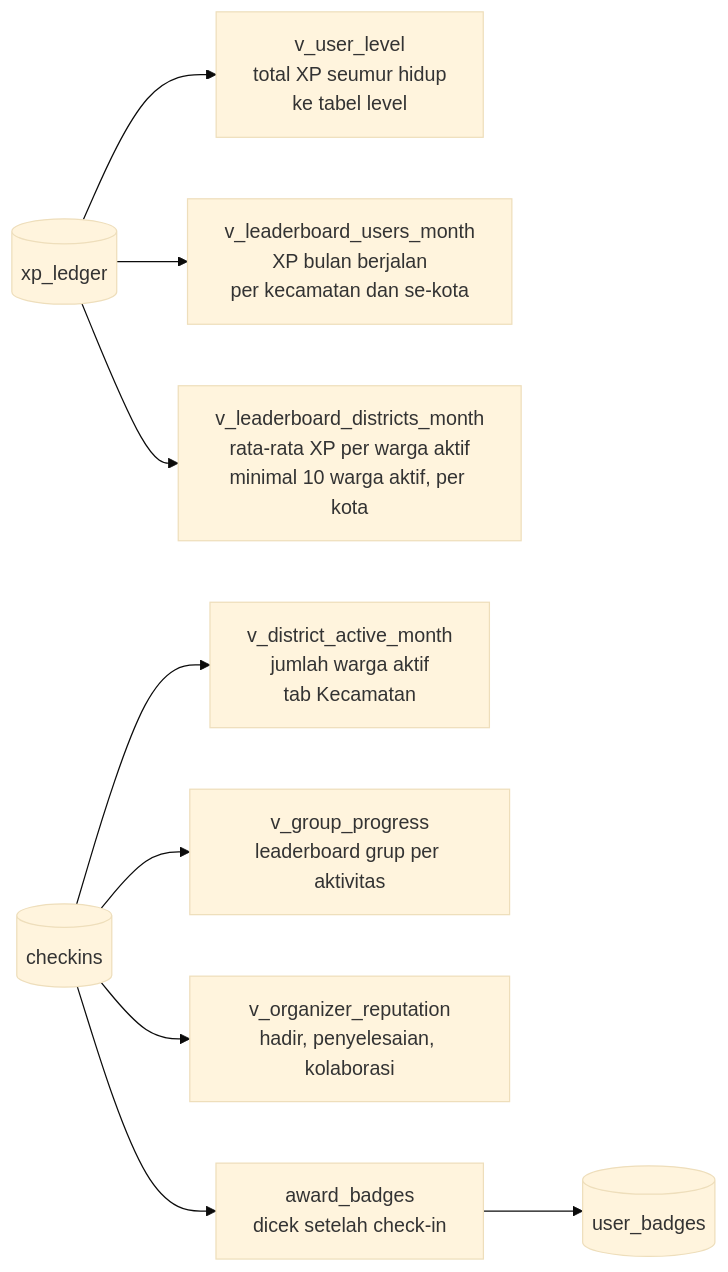
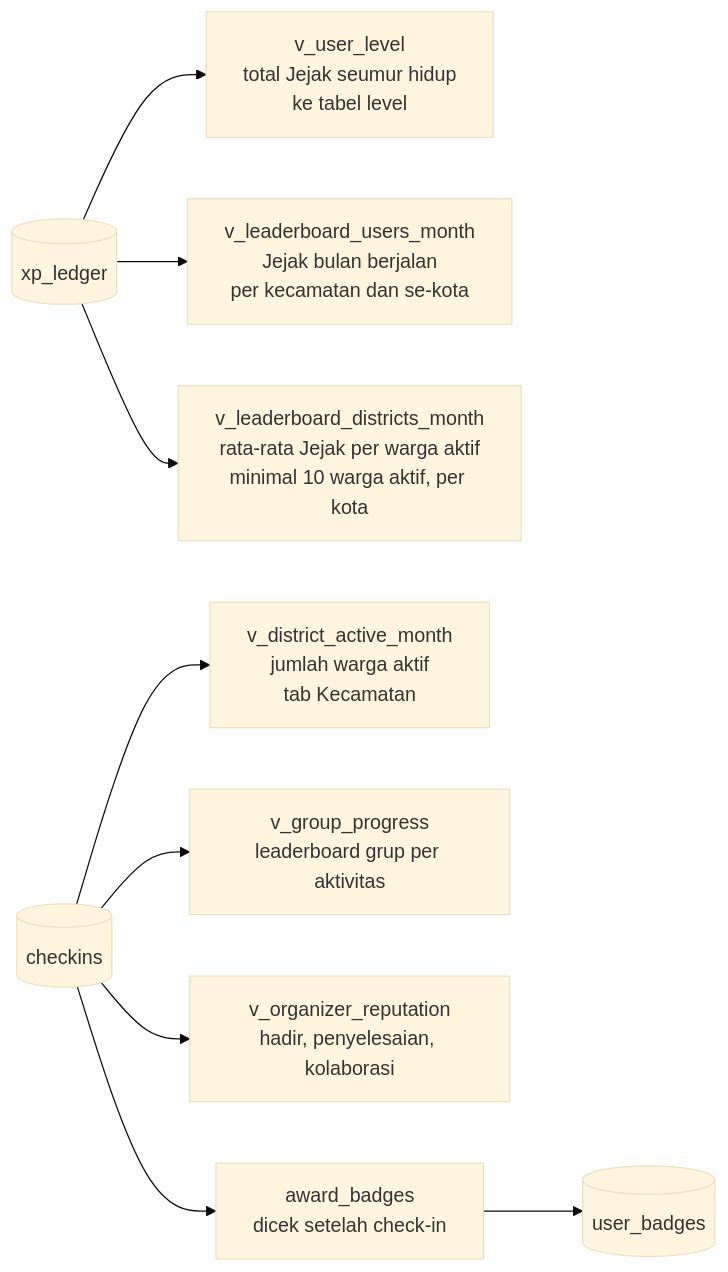
One commit to mirwanma/gasyu changed diagram 24 of 30 in docs/ALUR-SISTEM.md. Above: the diagram before and after it, drawn with Mermaid (base theme). The commit also changed other lines of this file and 42 other files, not shown here.

First line of the commit message:
Ganti label XP menjadi Jejak di aplikasi dan dokumen (docs v0.15, BRAND v1.5)

````diff
--- a/docs/ALUR-SISTEM.md
+++ b/docs/ALUR-SISTEM.md
@@ -1035,11 +1036,11 @@
 ```mermaid
 flowchart LR
-    XL[(xp_ledger)] --> LV[v_user_level<br/>total XP seumur hidup<br/>ke tabel level]
-    XL --> LU[v_leaderboard_users_month<br/>XP bulan berjalan<br/>per kecamatan dan se-kota]
-    XL --> LK[v_leaderboard_districts_month<br/>rata-rata XP per warga aktif<br/>minimal 10 warga aktif, per kota]
+    XL[(xp_ledger)] --> LV[v_user_level<br/>total Jejak seumur hidup<br/>ke tabel level]
+    XL --> LU[v_leaderboard_users_month<br/>Jejak bulan berjalan<br/>per kecamatan dan se-kota]
+    XL --> LK[v_leaderboard_districts_month<br/>rata-rata Jejak per warga aktif<br/>minimal 10 warga aktif, per kota]
     CI[(checkins)] --> AK[v_district_active_month<br/>jumlah warga aktif<br/>tab Kecamatan]
     CI --> LG[v_group_progress<br/>leaderboard grup per aktivitas]
     CI --> OR[v_organizer_reputation<br/>hadir, penyelesaian, kolaborasi]
     CI --> BD[award_badges<br/>dicek setelah check-in]
     BD --> UB[(user_badges)]
 ```
````
